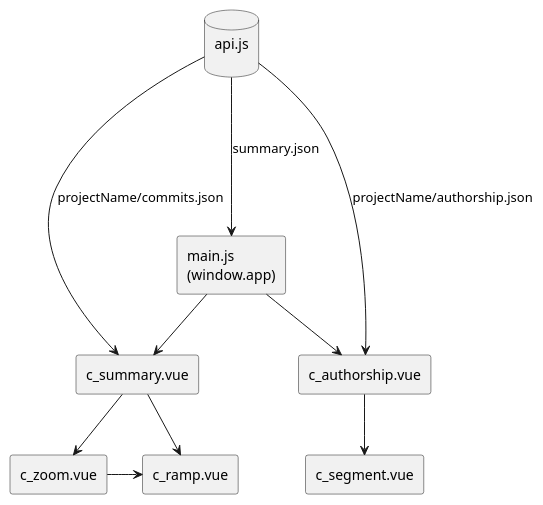
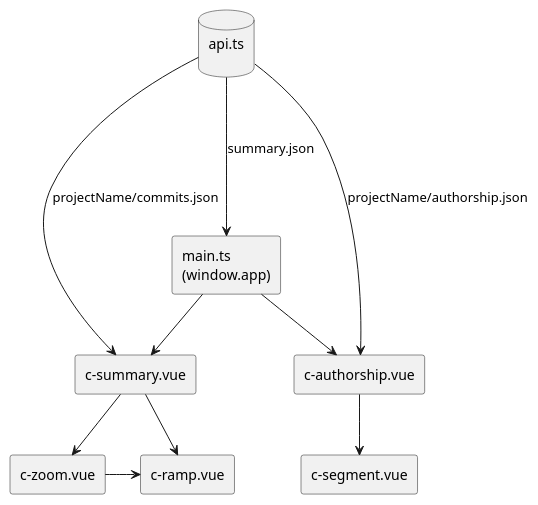
Before and after one commit to reposense/RepoSense: the diagram in docs/diagrams/ReportArchitecture.puml, drawn with PlantUML. The commit also changed 3 other files, not shown here.

Commit message:
Update file names in .puml diagrams

```diff
--- a/docs/diagrams/ReportArchitecture.puml
+++ b/docs/diagrams/ReportArchitecture.puml
@@ -1,25 +1,25 @@
 @startuml
 hide footbox
 skinparam monochrome true
 skinparam Shadowing false
 
-rectangle "main.js\n(window.app)" as main
-rectangle "c_zoom.vue" as c_zoom
-rectangle "c_ramp.vue" as c_ramp
-rectangle "c_summary.vue" as c_summary
-rectangle "c_authorship.vue" as c_authorship
-rectangle "c_segment.vue" as c_segment
-database "api.js\n" as api
+rectangle "main.ts\n(window.app)" as main
+rectangle "c-zoom.vue" as c_zoom
+rectangle "c-ramp.vue" as c_ramp
+rectangle "c-summary.vue" as c_summary
+rectangle "c-authorship.vue" as c_authorship
+rectangle "c-segment.vue" as c_segment
+database "api.ts\n" as api
 
 main -down-> c_summary
 c_summary -down-> c_zoom
 c_summary -> c_ramp
 c_zoom -> c_ramp
 
 main -down-> c_authorship
 c_authorship -down-> c_segment
 
 api -down--> main : summary.json
 api -down-> c_summary : projectName/commits.json
 api -down-> c_authorship : projectName/authorship.json
 @enduml
```
